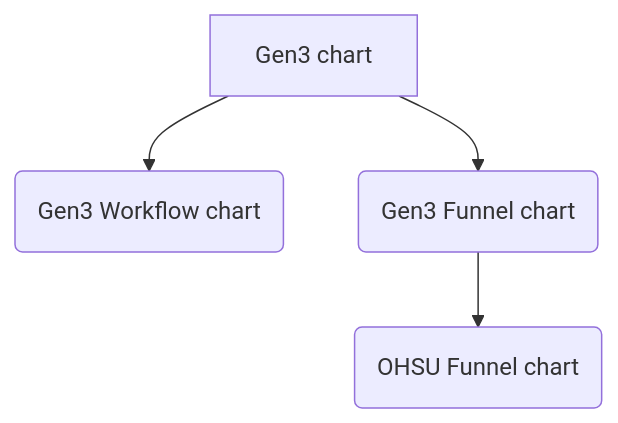
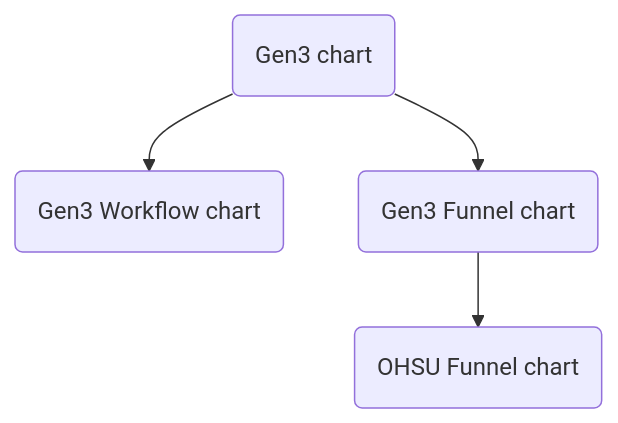
The diagram in docs/helm_chart_architecture.md (uc-cdis/gen3-workflow), drawn with Mermaid before and after one commit. The commit also changed 12 other files, not shown here.

````diff
--- a/docs/helm_chart_architecture.md
+++ b/docs/helm_chart_architecture.md
@@ -9,6 +9,6 @@
 ```mermaid
 graph TD;
-    A[Gen3 chart] --> B(Gen3 Workflow chart);
+    A(Gen3 chart) --> B(Gen3 Workflow chart);
     A --> C(Gen3 Funnel chart);
     C --> D(OHSU Funnel chart);
 ```
````
